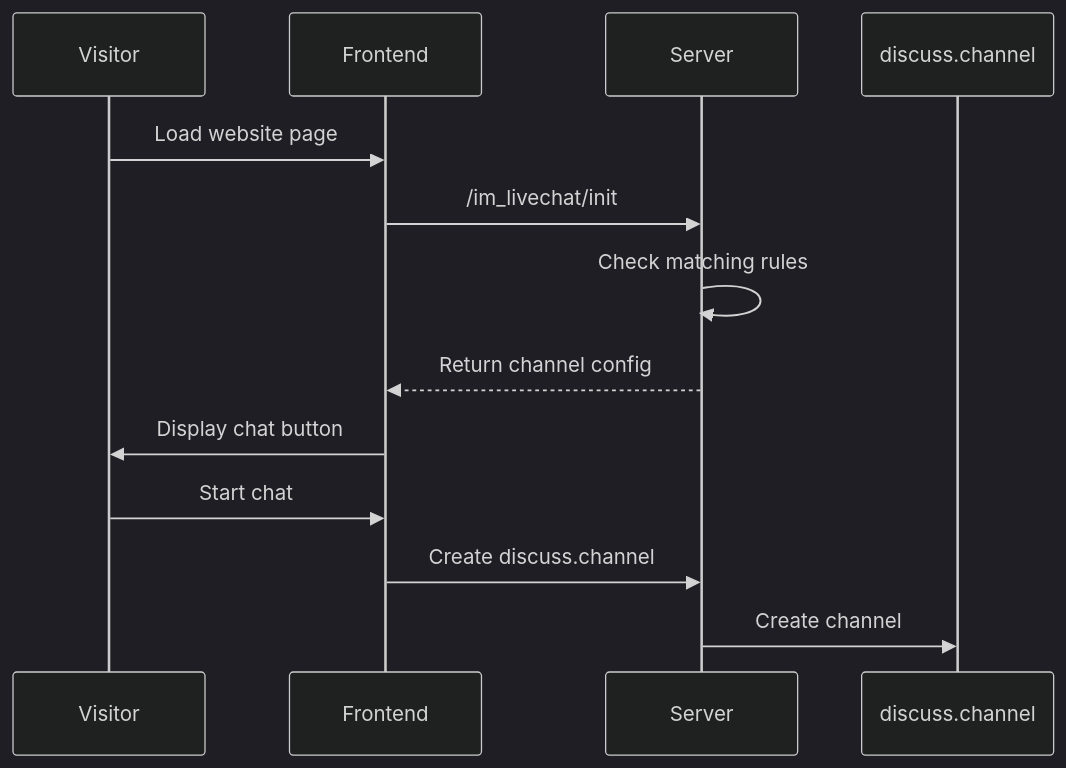
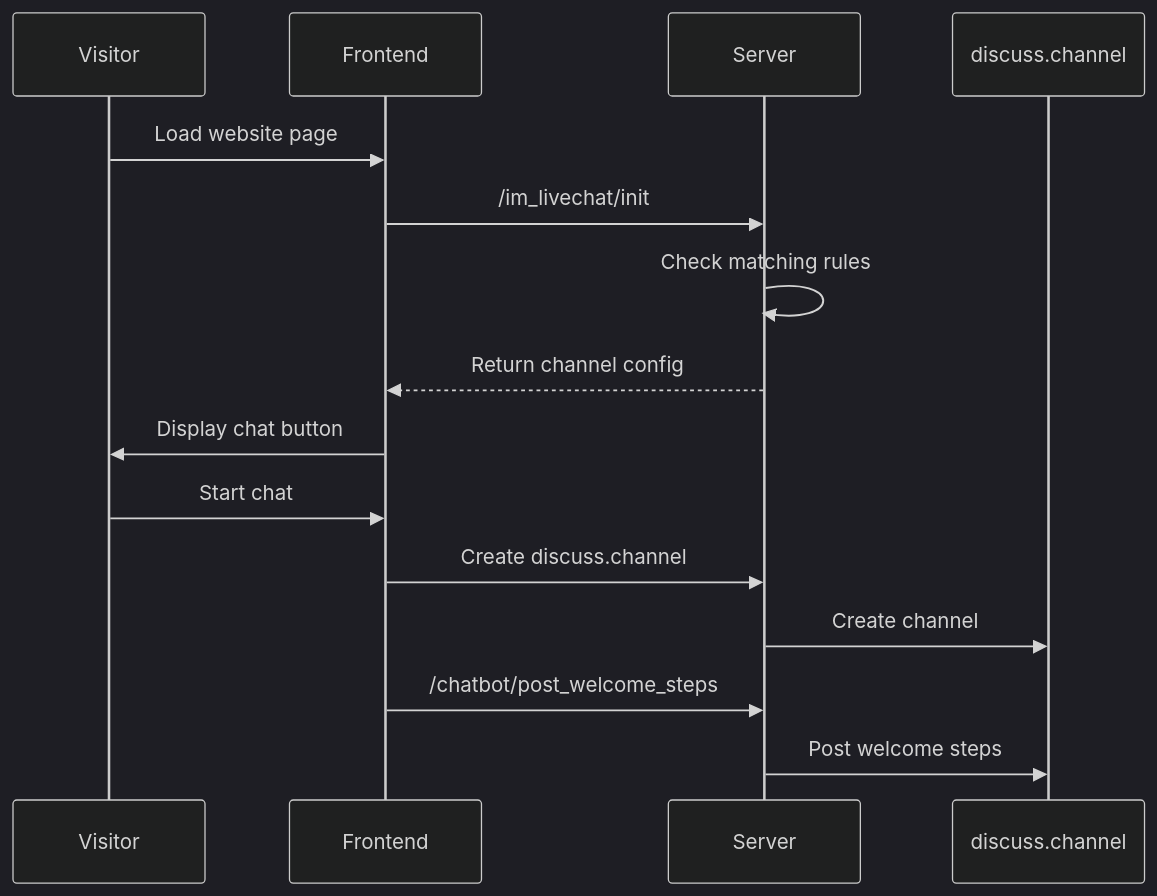
Before and after one commit to yoandym/odoo-llm: the third of 5 diagrams in llm_website_assistant/docs/developer-guide/architecture/odoo.md, drawn with Mermaid (dark theme). The commit also changed other lines of this file and 2 other files, not shown here.

````diff
--- a/llm_website_assistant/docs/developer-guide/architecture/odoo.md
+++ b/llm_website_assistant/docs/developer-guide/architecture/odoo.md
@@ -101,15 +122,17 @@
 ```{mermaid}
 sequenceDiagram
     participant V as Visitor
     participant F as Frontend
     participant S as Server
     participant DC as discuss.channel
     V->>F: Load website page
     F->>S: /im_livechat/init
     S->>S: Check matching rules
     S-->>F: Return channel config
     F->>V: Display chat button
     V->>F: Start chat
     F->>S: Create discuss.channel
     S->>DC: Create channel
+    F->>S: /chatbot/post_welcome_steps
+    S->>DC: Post welcome steps
 ```
````
